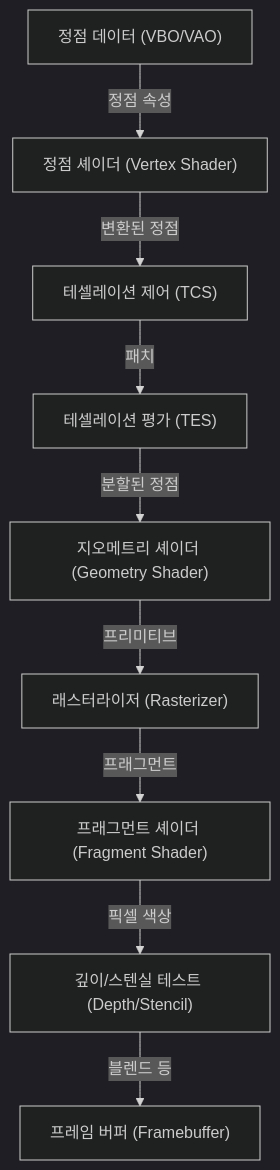
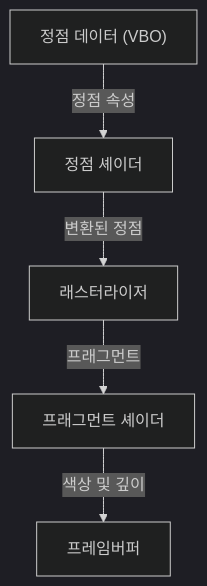
Before and after one commit to kenjinote/blog: the second of 2 diagrams in content/post/opengl-basics-and-history/index.ko.md, drawn with Mermaid (dark theme). The commit also changed other lines of this file and 129 other files, not shown here.

````diff
--- a/content/post/opengl-basics-and-history/index.ko.md
+++ b/content/post/opengl-basics-and-history/index.ko.md
@@ -69,21 +48,7 @@
 ```mermaid
 graph TD
-    VBO["정점 데이터 (VBO/VAO)"]
-    VS["정점 셰이더 (Vertex Shader)"]
-    TC["테셀레이션 제어 (TCS)"]
-    TE["테셀레이션 평가 (TES)"]
-    GS["지오메트리 셰이더 (Geometry Shader)"]
-    RS["래스터라이저 (Rasterizer)"]
-    FS["프래그먼트 셰이더 (Fragment Shader)"]
-    TEST["깊이/스텐실 테스트 (Depth/Stencil)"]
-    FB["프레임 버퍼 (Framebuffer)"]
-
-    VBO -- "정점 속성" --> VS
-    VS -- "변환된 정점" --> TC
-    TC -- "패치" --> TE
-    TE -- "분할된 정점" --> GS
-    GS -- "프리미티브" --> RS
-    RS -- "프래그먼트" --> FS
-    FS -- "픽셀 색상" --> TEST
-    TEST -- "블렌드 등" --> FB
+    VBO["정점 데이터 (VBO)"] -- "정점 속성" --> VS["정점 셰이더"]
+    VS -- "변환된 정점" --> RS["래스터라이저"]
+    RS -- "프래그먼트" --> FS["프래그먼트 셰이더"]
+    FS -- "색상 및 깊이" --> FB["프레임버퍼"]
 ```
````
